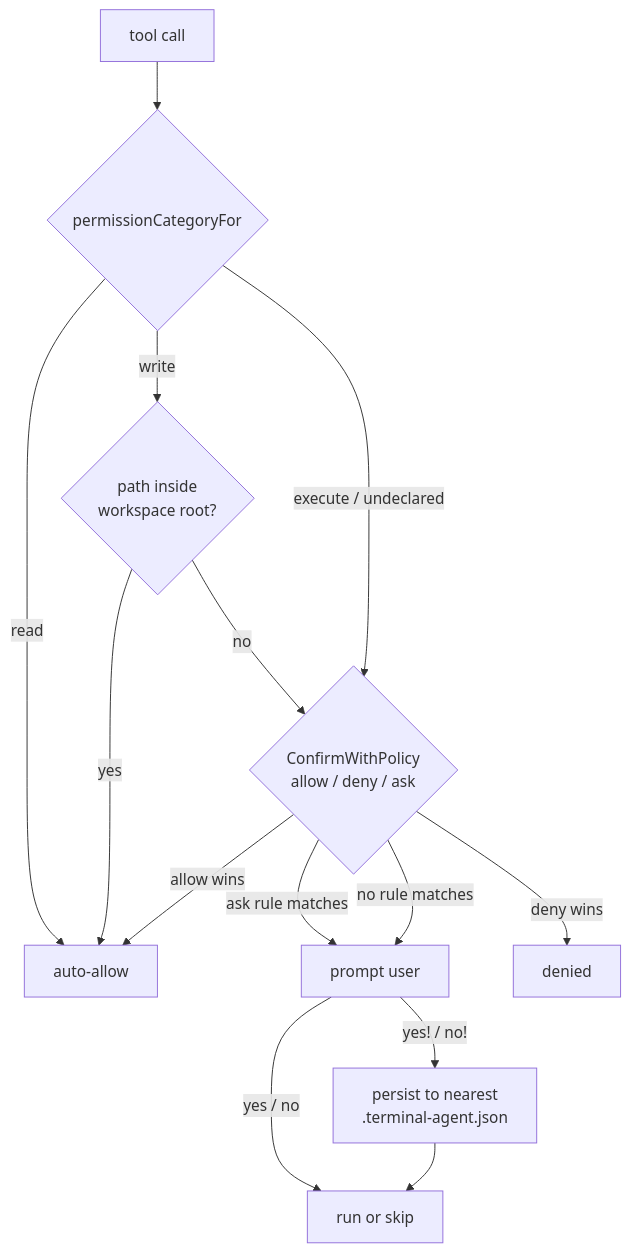
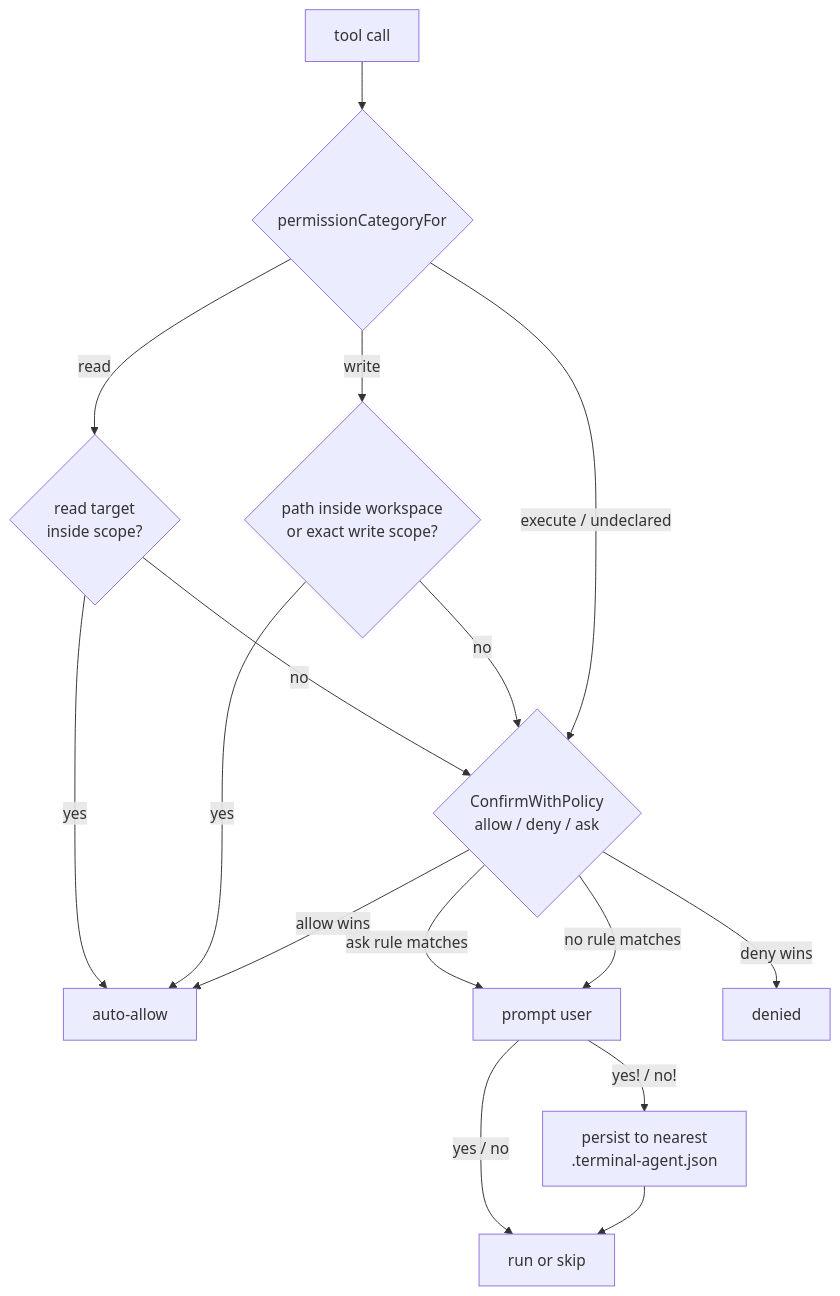
The fourth of 5 diagrams in docs/architecture.md (laszukdawid/terminal-agent), drawn with Mermaid before and after one commit. The commit also changed other lines of this file and 16 other files, not shown here.

````diff
--- a/docs/architecture.md
+++ b/docs/architecture.md
@@ -143,16 +145,18 @@
 ```mermaid
 flowchart TD
     START["tool call"] --> CAT{"permissionCategoryFor"}
-    CAT -->|read| AUTO["auto-allow"]
-    CAT -->|write| INROOT{"path inside<br/>workspace root?"}
+    CAT -->|read| READSCOPE{"read target<br/>inside scope?"}
+    READSCOPE -->|yes| AUTO["auto-allow"]
+    READSCOPE -->|no| RULES
+    CAT -->|write| INROOT{"path inside workspace<br/>or exact write scope?"}
     INROOT -->|yes| AUTO
     INROOT -->|no| RULES
     CAT -->|execute / undeclared| RULES{"ConfirmWithPolicy<br/>allow / deny / ask"}
     RULES -->|ask rule matches| PROMPT["prompt user"]
     RULES -->|deny wins| BLOCK["denied"]
     RULES -->|allow wins| AUTO
     RULES -->|no rule matches| PROMPT
     PROMPT -->|yes / no| RUN["run or skip"]
     PROMPT -->|yes! / no!| REMEMBER["persist to nearest<br/>.terminal-agent.json"]
     REMEMBER --> RUN
 ```
````
